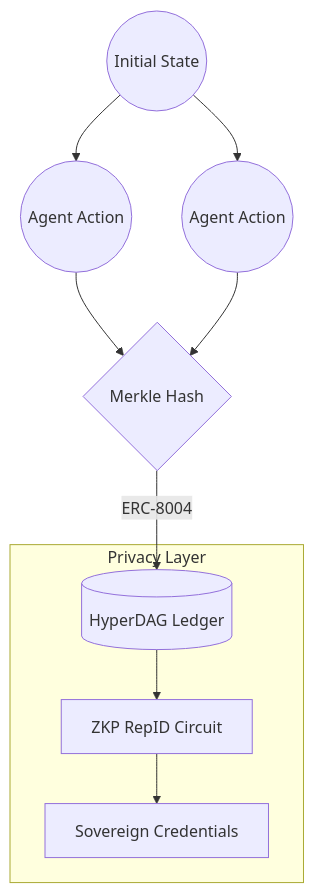
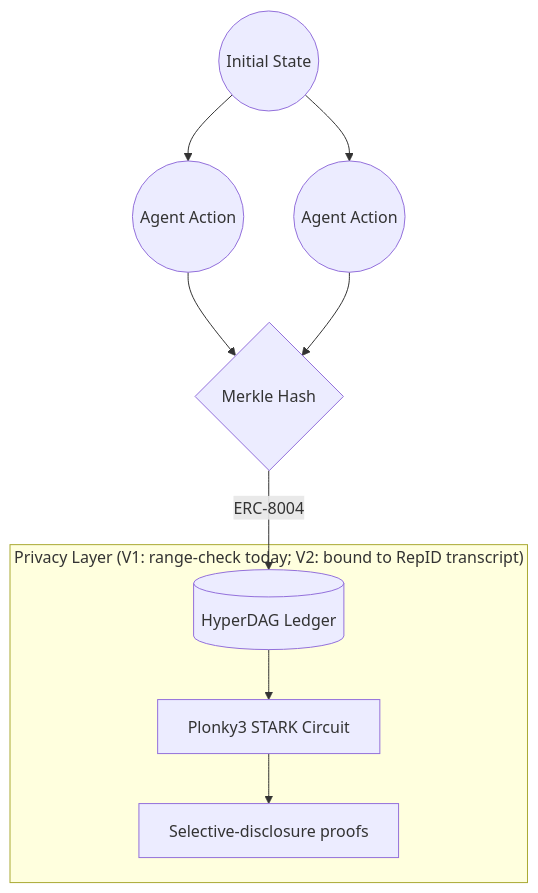
Before and after one commit to DealAppSeo/hyperdag-protocol: the diagram in README.md, drawn with Mermaid. The commit also changed other lines of this file and 23 other files, not shown here.

````diff
--- a/README.md
+++ b/README.md
@@ -111,12 +111,12 @@
 ```mermaid
 graph TD
     Node1((Initial State)) --> Node2((Agent Action))
     Node1 --> Node3((Agent Action))
     Node2 & Node3 --> Node4{Merkle Hash}
     Node4 -->|ERC-8004| Chain[(HyperDAG Ledger)]
 
-    subgraph "Privacy Layer"
-    Chain --> ZKP[ZKP RepID Circuit]
-    ZKP --> Creds[Sovereign Credentials]
+    subgraph "Privacy Layer (V1: range-check today; V2: bound to RepID transcript)"
+    Chain --> ZKP[Plonky3 STARK Circuit]
+    ZKP --> Creds[Selective-disclosure proofs]
     end
 ```
````
